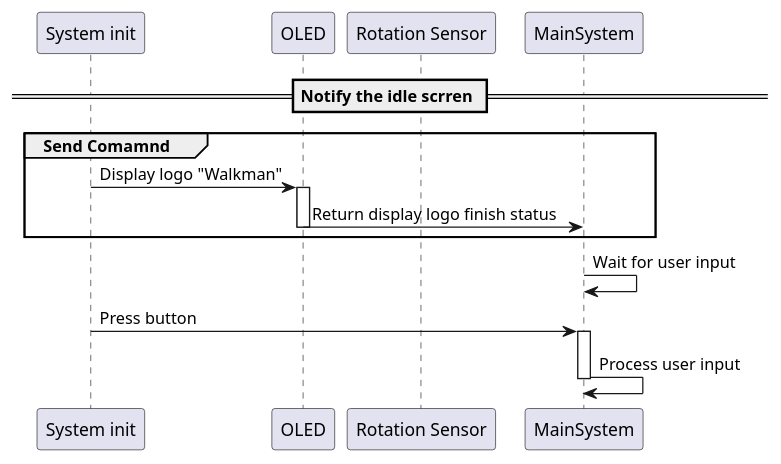
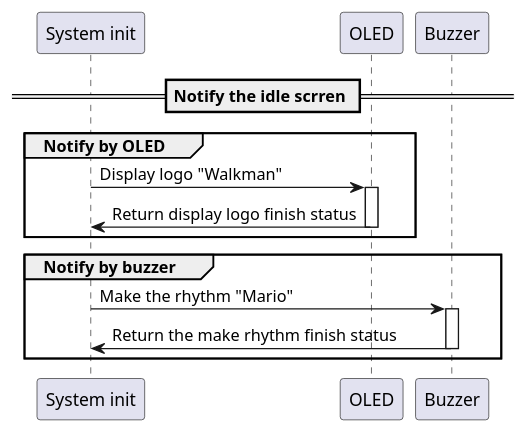
The diagram in Documents/Seqence_diagram/2_system_idle_screen.wsd (toannguyentien-itr-intern/MP3_Player), drawn with PlantUML before and after one commit.

Commit message:
Update: Finish the 2 group notify with oled and buzzer

```diff
--- a/Documents/Seqence_diagram/2_system_idle_screen.wsd
+++ b/Documents/Seqence_diagram/2_system_idle_screen.wsd
@@ -1,22 +1,23 @@
 @startuml
 
 participant "System init"   as    System_init
-participant "OLED" as OLED
-participant "Rotation Sensor" as RotationSensor
+participant "OLED"          as    OLED
+participant "Buzzer"        as    Buzzer
 
 == Notify the idle scrren ==
 
-group Send Comamnd
+group Notify by OLED
 System_init -> OLED: Display logo "Walkman"
 activate OLED
-OLED -> MainSystem: Return display logo finish status
+OLED -> System_init: Return display logo finish status
 deactivate OLED
 end
 
-MainSystem -> MainSystem: Wait for user input
+group Notify by buzzer
+System_init -> Buzzer: Make the rhythm "Mario"
+activate Buzzer
+Buzzer -> System_init: Return the make rhythm finish status
+deactivate Buzzer
+end
 
-System_init -> MainSystem: Press button
-activate MainSystem
-MainSystem -> MainSystem: Process user input
-deactivate MainSystem
 @enduml
```
